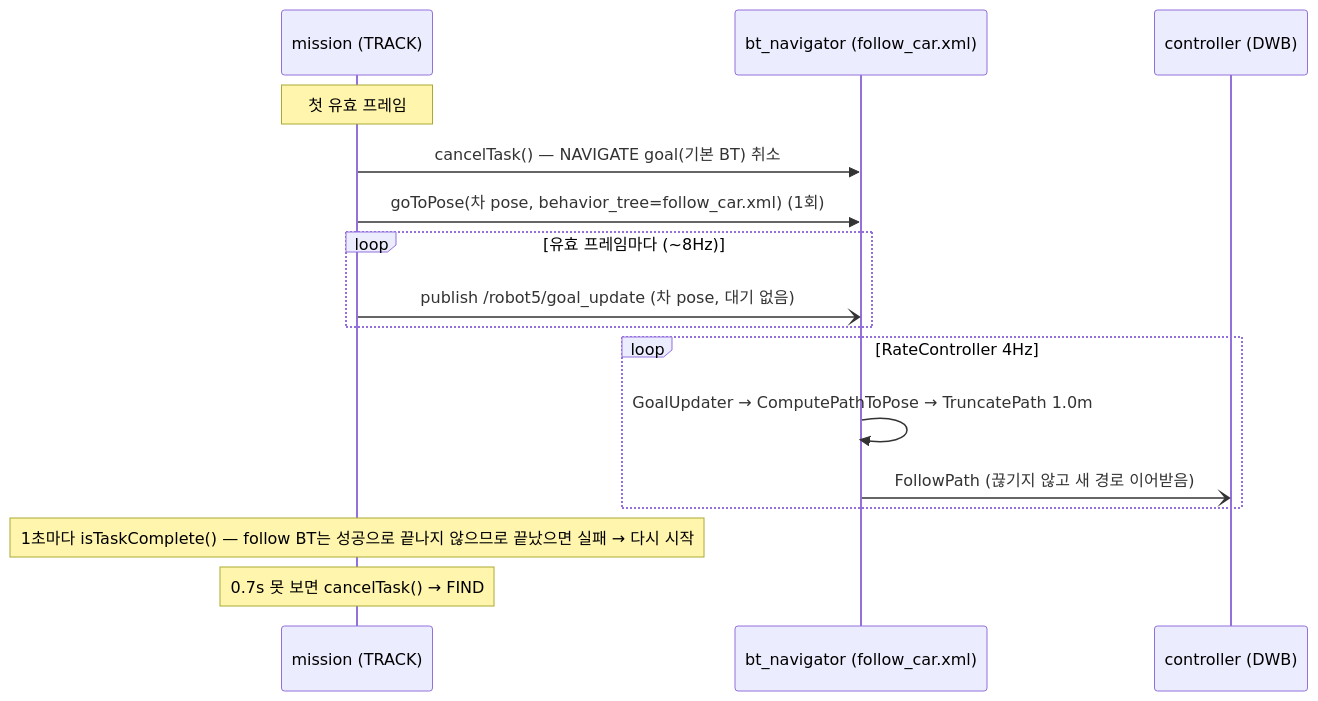
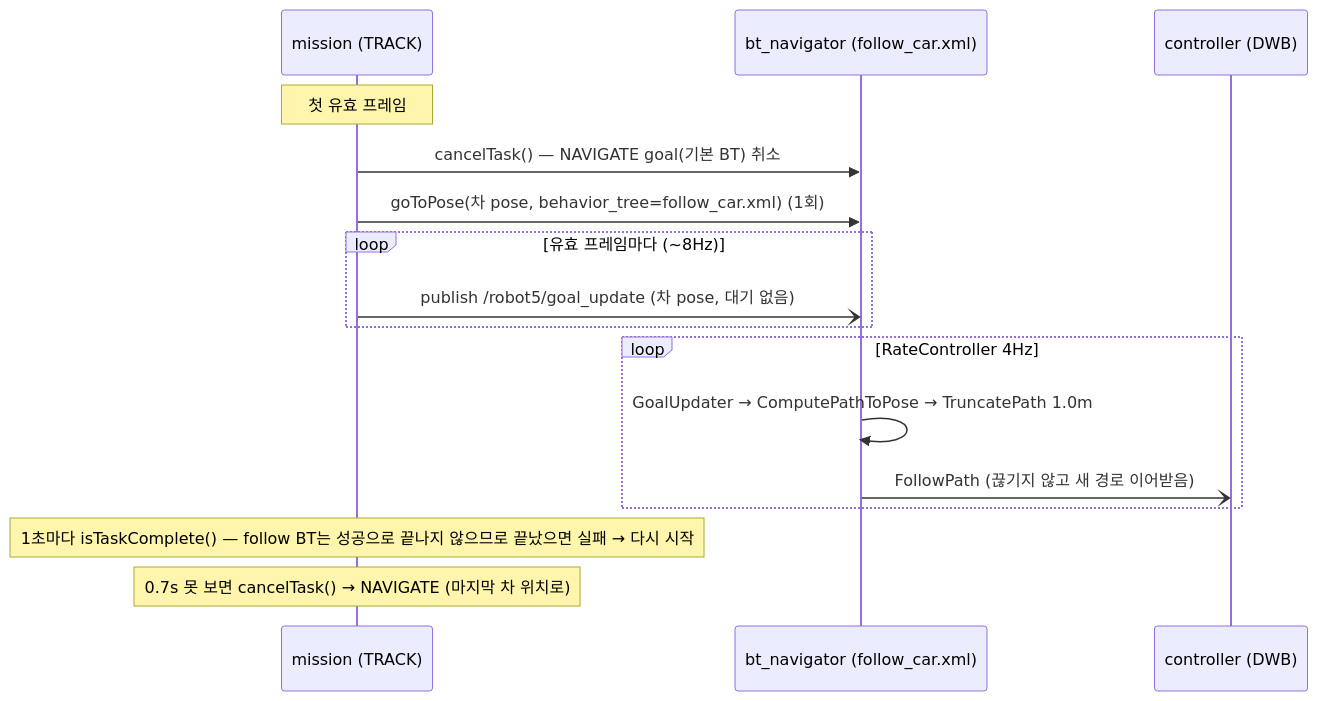
One commit to choicsh/cobot4_ws_miniproject changed the fourth of 5 diagrams in docs/algorithm.md. Above: the diagram before and after it, drawn with Mermaid. The commit also changed other lines of this file and 3 other files, not shown here.

First line of the commit message:
feat(mission): TRACK에서 놓치면 마지막 차 위치로 NAVIGATE 후 탐색

````diff
--- a/docs/algorithm.md
+++ b/docs/algorithm.md
@@ -85,18 +85,18 @@
 ```mermaid
 sequenceDiagram
     participant M as mission (TRACK)
     participant B as bt_navigator (follow_car.xml)
     participant C as controller (DWB)
     Note over M: 첫 유효 프레임
     M->>B: cancelTask() — NAVIGATE goal(기본 BT) 취소
     M->>B: goToPose(차 pose, behavior_tree=follow_car.xml) (1회)
     loop 유효 프레임마다 (~8Hz)
         M-)B: publish /robot5/goal_update (차 pose, 대기 없음)
     end
     loop RateController 4Hz
         B->>B: GoalUpdater → ComputePathToPose → TruncatePath 1.0m
         B-)C: FollowPath (끊기지 않고 새 경로 이어받음)
     end
     Note over M: 1초마다 isTaskComplete() — follow BT는 성공으로 끝나지 않으므로 끝났으면 실패 → 다시 시작
-    Note over M: 0.7s 못 보면 cancelTask() → FIND
+    Note over M: 0.7s 못 보면 cancelTask() → NAVIGATE (마지막 차 위치로)
 ```
````
